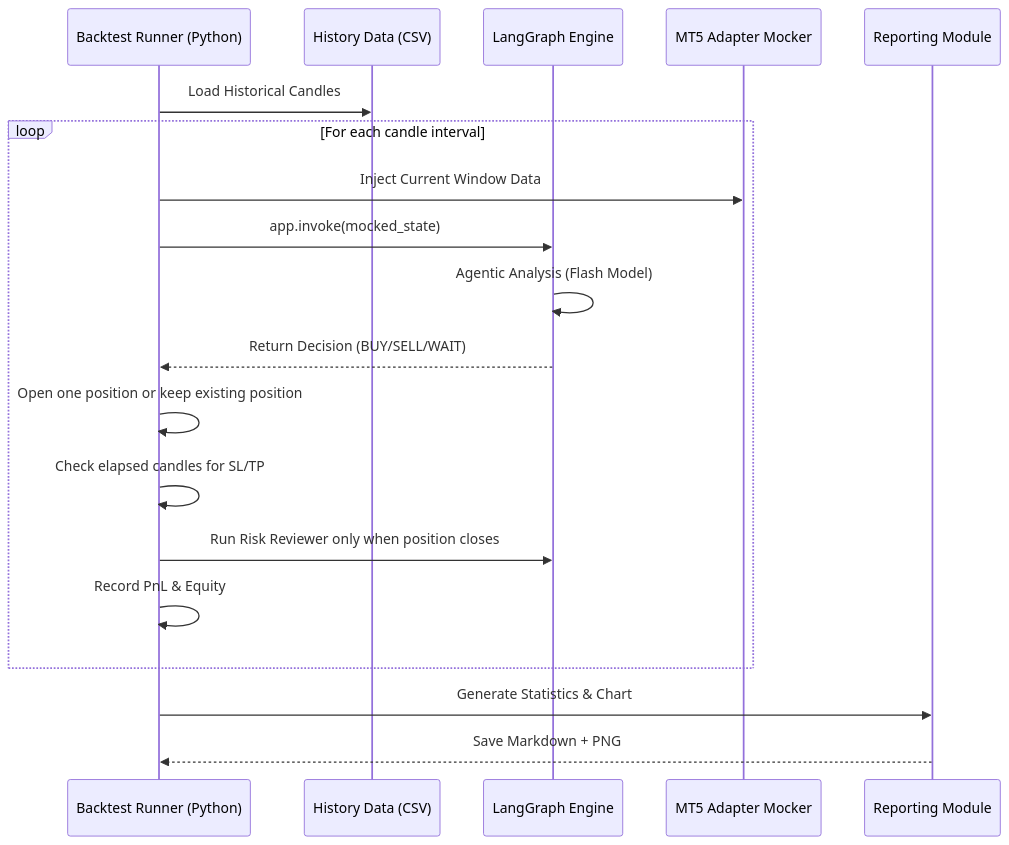
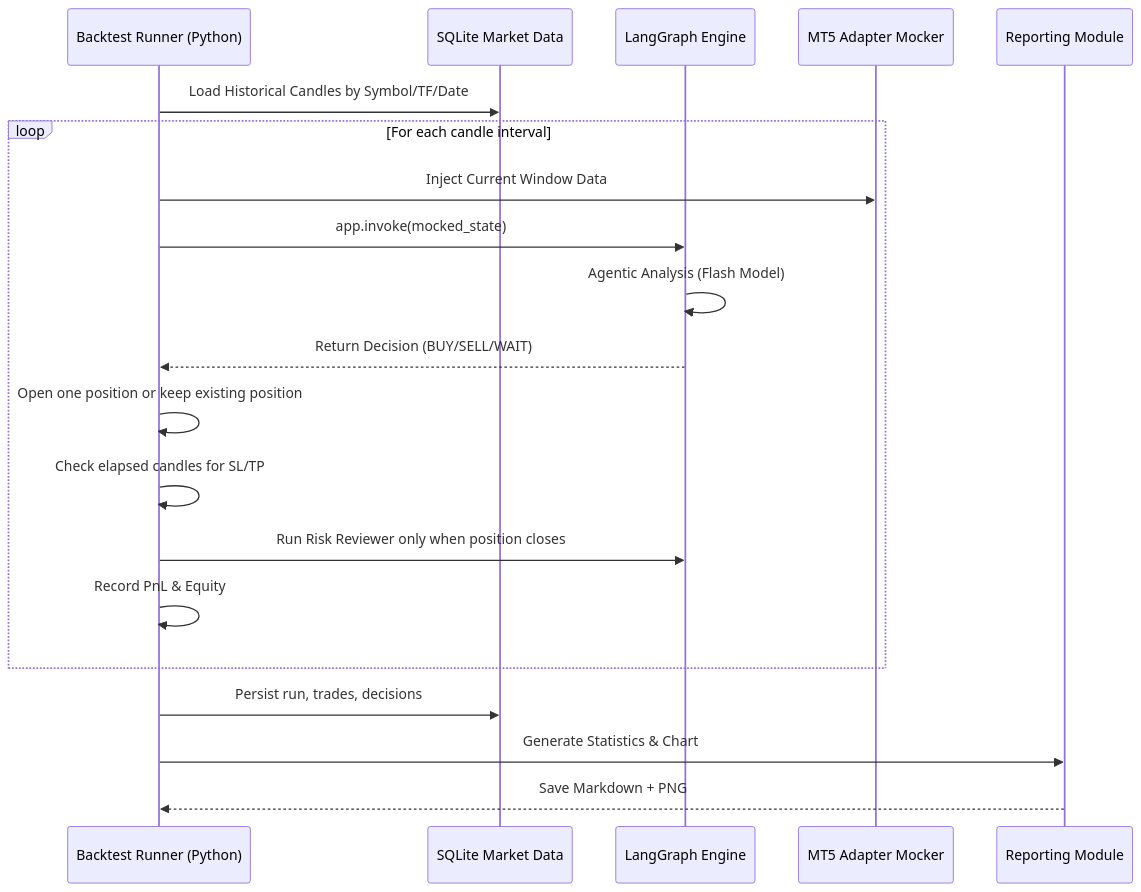
Before and after one commit to insung/agentic-trader: the second of 2 diagrams in docs/system-execution-flow.md, drawn with Mermaid. The commit also changed 25 other files, not shown here.

Commit message:
feat: persist backtests and logs in sqlite

````diff
--- a/docs/system-execution-flow.md
+++ b/docs/system-execution-flow.md
@@ -75,22 +75,23 @@
 ```mermaid
 sequenceDiagram
     participant Runner as Backtest Runner (Python)
-    participant CSV as History Data (CSV)
+    participant DB as SQLite Market Data
     participant Graph as LangGraph Engine
     participant Mocker as MT5 Adapter Mocker
     participant Report as Reporting Module
 
-    Runner->>CSV: Load Historical Candles
+    Runner->>DB: Load Historical Candles by Symbol/TF/Date
     loop For each candle interval
         Runner->>Mocker: Inject Current Window Data
         Runner->>Graph: app.invoke(mocked_state)
         Graph->>Graph: Agentic Analysis (Flash Model)
         Graph-->>Runner: Return Decision (BUY/SELL/WAIT)
         Runner->>Runner: Open one position or keep existing position
         Runner->>Runner: Check elapsed candles for SL/TP
         Runner->>Graph: Run Risk Reviewer only when position closes
         Runner->>Runner: Record PnL & Equity
     end
+    Runner->>DB: Persist run, trades, decisions
     Runner->>Report: Generate Statistics & Chart
     Report-->>Runner: Save Markdown + PNG
 ```
````
